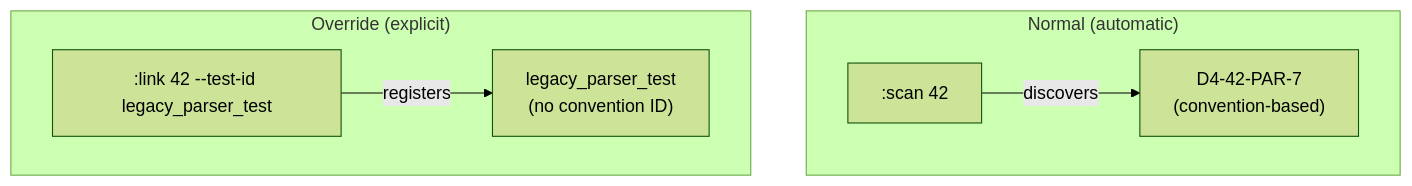
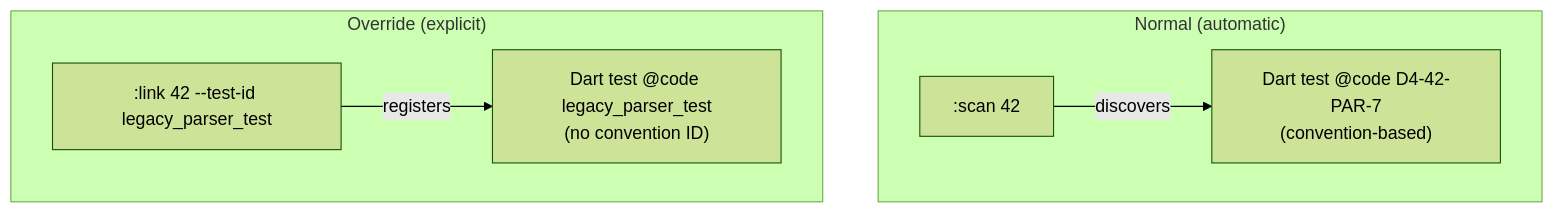
One commit to al-the-bear/tom_module_basics changed diagram 17 of 37 in tom_issue_kit/doc/issuekit_command_reference.md. Above: the diagram before and after it, drawn with Mermaid (forest theme). The commit also changed other lines of this file and 1 other file, not shown here.

First line of the commit message:
docs: architectural redesign — two issue trackers, @issues/@tests/@code terminology, nightly backup

````diff
--- a/tom_issue_kit/doc/issuekit_command_reference.md
+++ b/tom_issue_kit/doc/issuekit_command_reference.md
@@ -867,12 +917,12 @@
 ```mermaid
 graph TB
     subgraph "Normal (automatic)"
-        T1["D4-42-PAR-7<br/>(convention-based)"]
+        T1["Dart test @code D4-42-PAR-7<br/>(convention-based)"]
         SC[":scan 42"] -->|"discovers"| T1
     end
 
     subgraph "Override (explicit)"
-        T2["legacy_parser_test<br/>(no convention ID)"]
+        T2["Dart test @code legacy_parser_test<br/>(no convention ID)"]
         LK[":link 42 --test-id legacy_parser_test"] -->|"registers"| T2
     end
 ```
````
